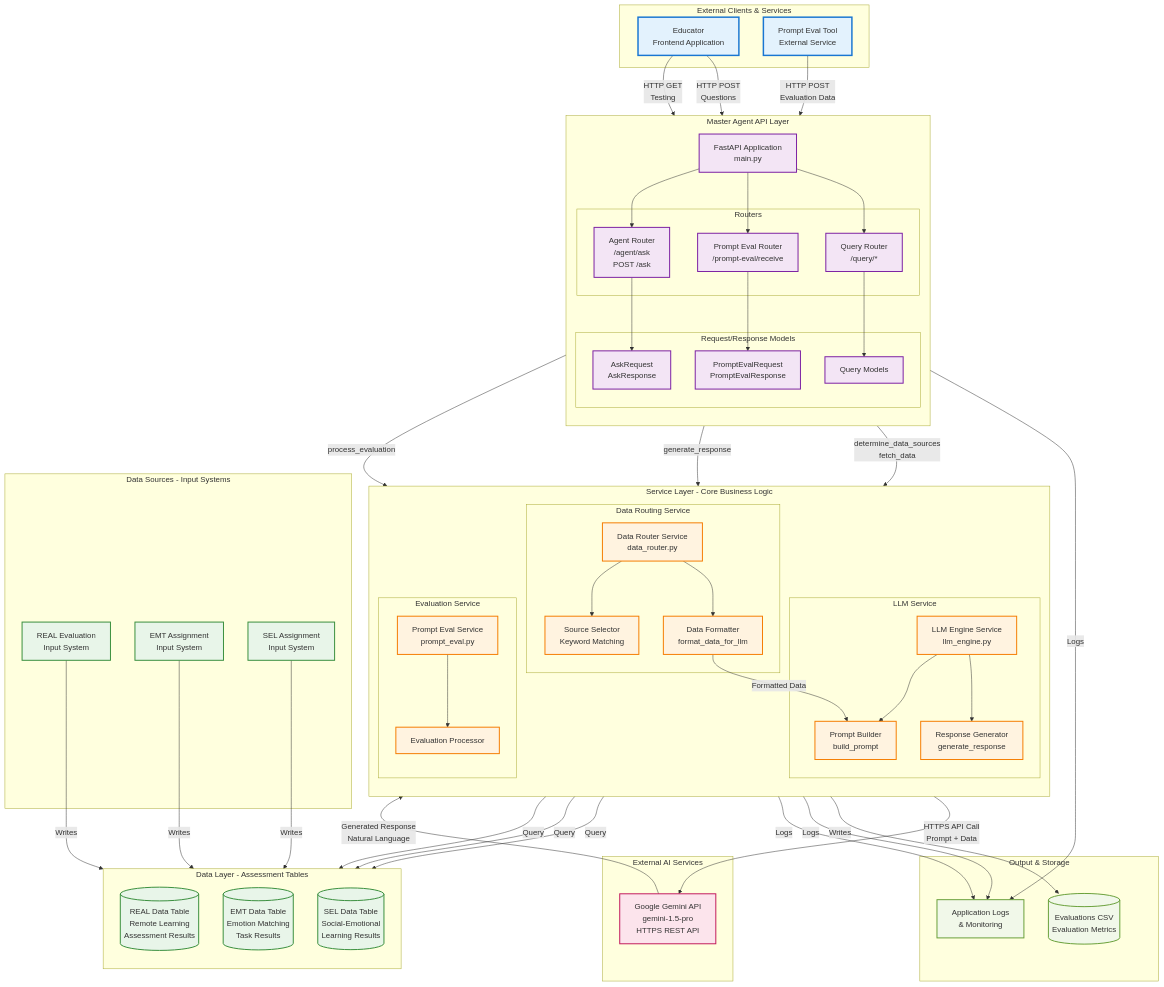
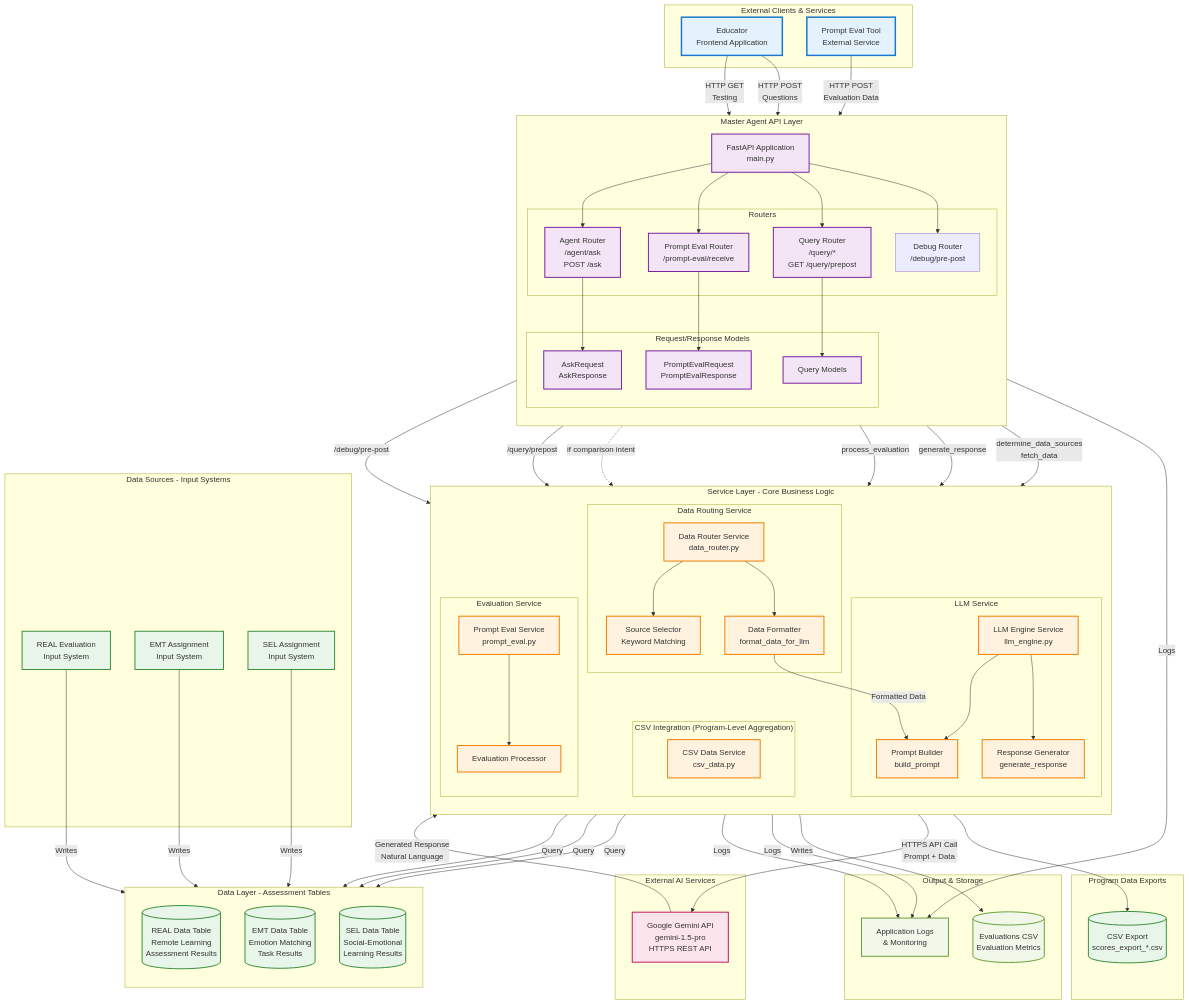
Before and after one commit to keithesanks-prog/Ask-Tilli-Master-Chatbot: the first of 6 diagrams in README.md, drawn with Mermaid.

Commit message:
docs: update README architecture diagram for CSV integration and debug endpoints

````diff
--- a/README.md
+++ b/README.md
@@ -21,8 +21,9 @@
         
         subgraph "Routers"
             AgentRouter[Agent Router<br/>/agent/ask<br/>POST /ask]
-            QueryRouter[Query Router<br/>/query/*]
+            QueryRouter[Query Router<br/>/query/*<br/>GET /query/prepost]
             EvalRouter[Prompt Eval Router<br/>/prompt-eval/receive]
+            DebugRouter[Debug Router<br/>/debug/pre-post]
         end
         
         subgraph "Request/Response Models"
@@ -47,6 +48,10 @@
             ResponseGenerator[Response Generator<br/>generate_response]
         end
         
+        subgraph "CSV Integration (Program-Level Aggregation)"
+            CSVService[CSV Data Service<br/>csv_data.py]
+        end
+        
         subgraph "Evaluation Service"
             PromptEval[Prompt Eval Service<br/>prompt_eval.py]
             EvalProcessor[Evaluation Processor]
@@ -62,6 +67,10 @@
         REALDB[(REAL Data Table<br/>Remote Learning<br/>Assessment Results)]
         EMTDB[(EMT Data Table<br/>Emotion Matching<br/>Task Results)]
         SELDB[(SEL Data Table<br/>Social-Emotional<br/>Learning Results)]
+    end
+    
+    subgraph "Program Data Exports"
+        CSVExport[(CSV Export<br/>scores_export_*.csv)]
     end
     
     subgraph "Data Sources - Input Systems"
@@ -84,6 +93,7 @@
     FastAPI --> AgentRouter
     FastAPI --> QueryRouter
     FastAPI --> EvalRouter
+    FastAPI --> DebugRouter
     
     AgentRouter --> AskRequest
     EvalRouter --> EvalModels
@@ -93,6 +103,10 @@
     AgentRouter -->|determine_data_sources<br/>fetch_data| DataRouter
     AgentRouter -->|generate_response| LLMEngine
     EvalRouter -->|process_evaluation| PromptEval
+    %% Comparison-aware path
+    AgentRouter -.->|if comparison intent| CSVService
+    QueryRouter -->|/query/prepost| CSVService
+    DebugRouter -->|/debug/pre-post| CSVService
     
     %% Service Layer internal connections
     DataRouter --> SourceSelector
@@ -100,6 +114,7 @@
     LLMEngine --> PromptBuilder
     LLMEngine --> ResponseGenerator
     PromptEval --> EvalProcessor
+    CSVService --> CSVExport
     
     %% Service to External Services
     LLMEngine -->|HTTPS API Call<br/>Prompt + Data| GeminiAPI
@@ -136,4 +151,6 @@
     class REALDB,EMTDB,SELDB,REALInput,EMTInput,SELInput dataStyle
     class GeminiAPI externalStyle
     class EvaluationsCSV,Logs outputStyle
+    class CSVService serviceStyle
+    class CSVExport dataStyle
 ```
````
